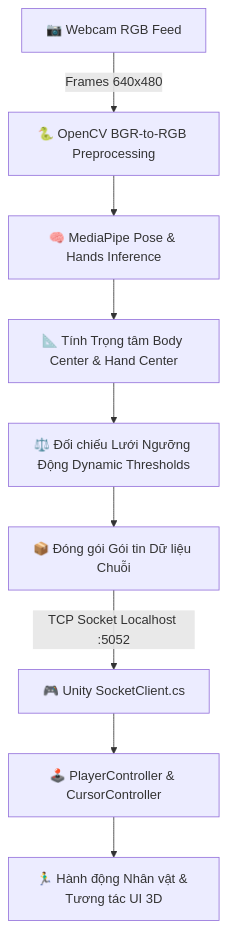
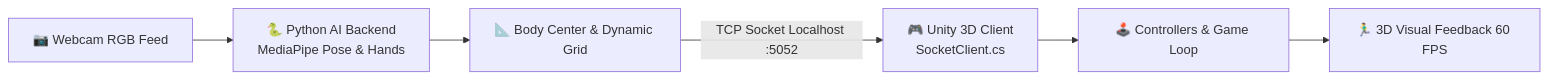
The diagram in README.md (Deocomate/hau-active-game), drawn with Mermaid before and after one commit. The commit also changed other lines of this file and 1 other file, not shown here.

````diff
--- a/README.md
+++ b/README.md
@@ -109,11 +49,8 @@
 ```mermaid
-graph TD
-    A[📷 Webcam RGB Feed] -->|Frames 640x480| B[🐍 OpenCV BGR-to-RGB Preprocessing]
-    B --> C[🧠 MediaPipe Pose & Hands Inference]
-    C --> D[📐 Tính Trọng tâm Body Center & Hand Center]
-    D --> E[⚖️ Đối chiếu Lưới Ngưỡng Động Dynamic Thresholds]
-    E --> F[📦 Đóng gói Gói tin Dữ liệu Chuỗi]
-    F -->|TCP Socket Localhost :5052| G[🎮 Unity SocketClient.cs]
-    G --> H[🕹️ PlayerController & CursorController]
-    H --> I[🏃‍♂️ Hành động Nhân vật & Tương tác UI 3D]
+graph LR
+    A[📷 Webcam RGB Feed] --> B[🐍 Python AI Backend<br/>MediaPipe Pose & Hands]
+    B --> C[📐 Body Center & Dynamic Grid]
+    C -->|TCP Socket Localhost :5052| D[🎮 Unity 3D Client<br/>SocketClient.cs]
+    D --> E[🕹️ Controllers & Game Loop]
+    E --> F[🏃‍♂️ 3D Visual Feedback 60 FPS]
 ```
````
